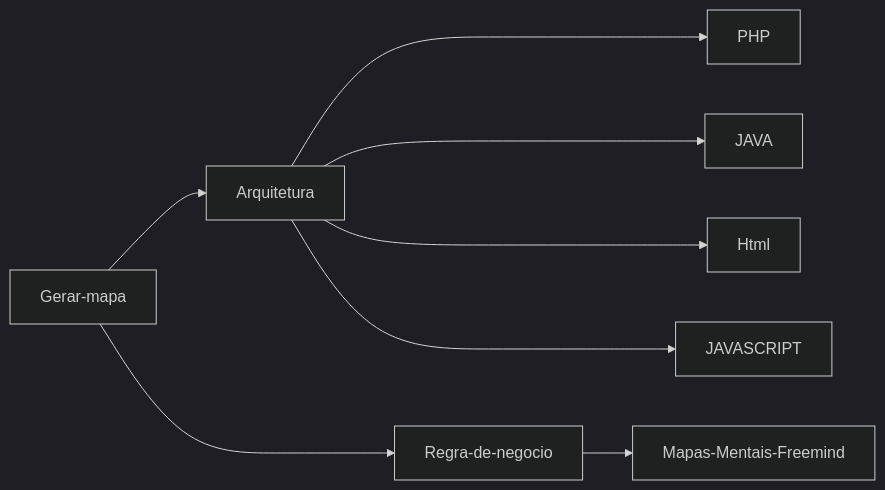
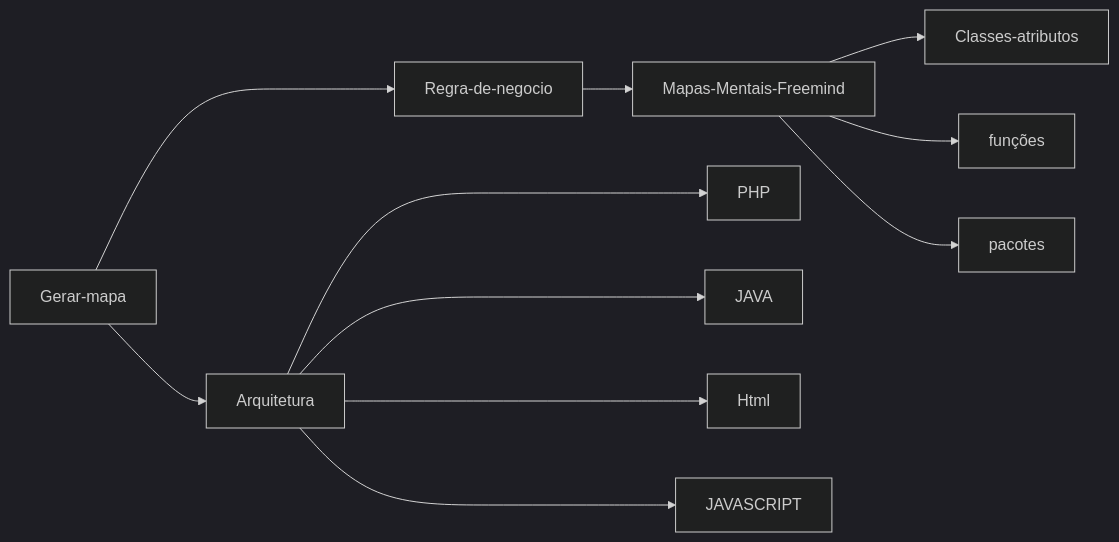
The diagram in Readme.md (HamiltonVentura/MapperIdea), drawn with Mermaid (dark theme) before and after one commit. The commit also changed other lines of this file, not shown here.

````diff
--- a/Readme.md
+++ b/Readme.md
@@ -35,10 +36,13 @@
 ```mermaid
 flowchart LR
     Gerar-mapa --> Arquitetura
     Gerar-mapa ---> Regra-de-negocio;
-    Regra-de-negocio --> Mapas-Mentais-Freemind
+    Regra-de-negocio --> Mapas-Mentais-Freemind;
+    Mapas-Mentais-Freemind --> Classes-atributos;
+    Mapas-Mentais-Freemind --> funções;
+    Mapas-Mentais-Freemind --> pacotes;
     Arquitetura --->PHP;
     Arquitetura --->JAVA;
     Arquitetura --->Html;
     Arquitetura --->JAVASCRIPT;     
 ```
````
